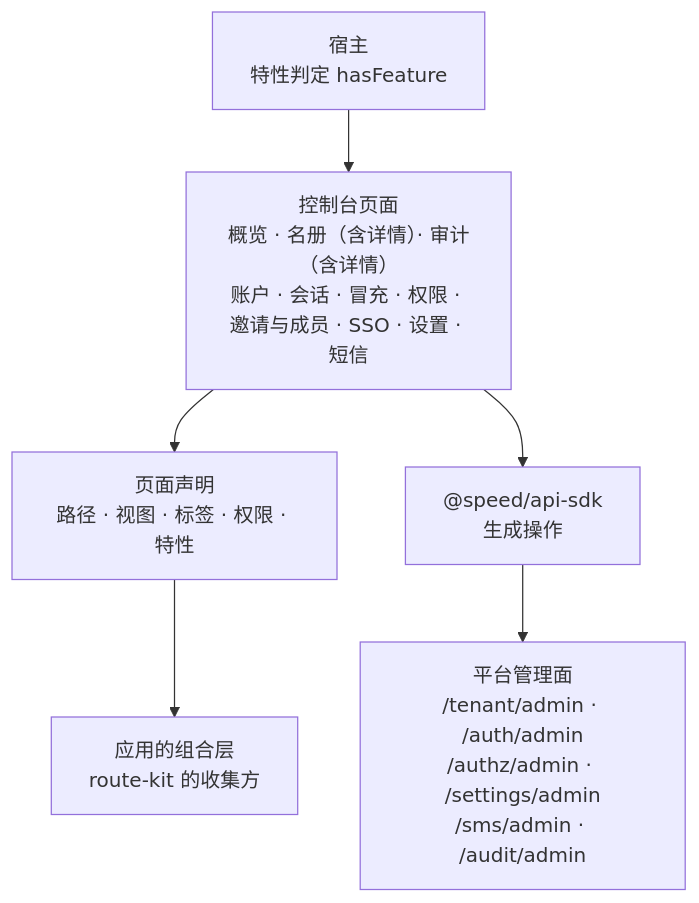
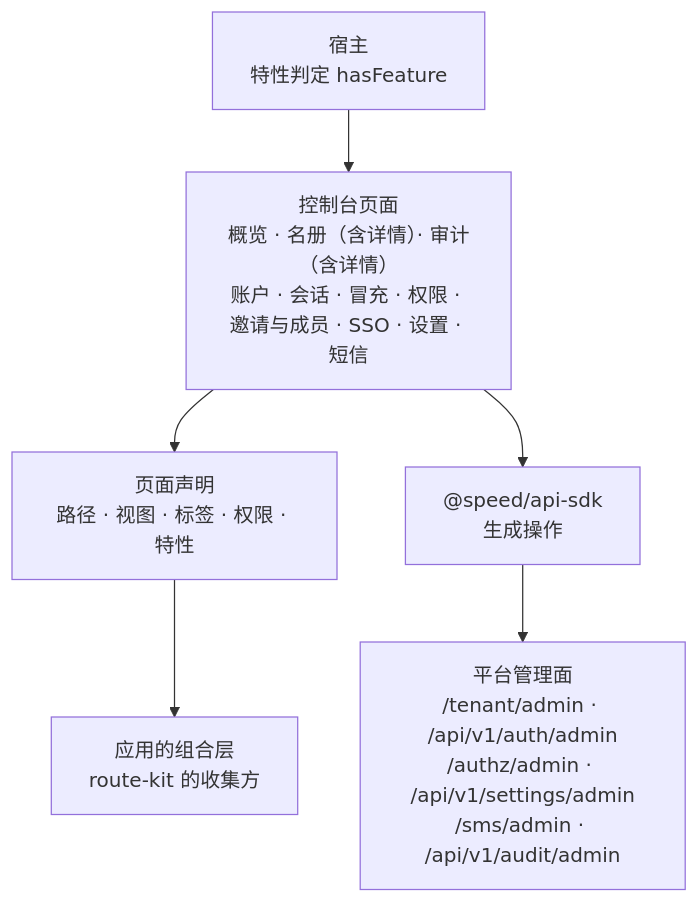
Before and after one commit to wangzw/speed: the diagram in docs/design/modules/web/design-web-console-ui.md, drawn with Mermaid. The commit also changed other lines of this file and 298 other files, not shown here.

````diff
--- a/docs/design/modules/web/design-web-console-ui.md
+++ b/docs/design/modules/web/design-web-console-ui.md
@@ -202,14 +202,14 @@
 ```mermaid
 graph TD
     pages["控制台页面\n概览 · 名册（含详情）· 审计（含详情）\n账户 · 会话 · 冒充 · 权限 · 邀请与成员 · SSO · 设置 · 短信"]
     decl["页面声明\n路径 · 视图 · 标签 · 权限 · 特性"]
     collect["应用的组合层\nroute-kit 的收集方"]
     host["宿主\n特性判定 hasFeature"]
     api["@speed/api-sdk\n生成操作"]
-    platform["平台管理面\n/tenant/admin · /auth/admin\n/authz/admin · /settings/admin\n/sms/admin · /audit/admin"]
+    platform["平台管理面\n/tenant/admin · /api/v1/auth/admin\n/authz/admin · /api/v1/settings/admin\n/sms/admin · /api/v1/audit/admin"]
     pages --> decl
     decl --> collect
     host --> pages
     pages --> api
     api --> platform
 ```
````
